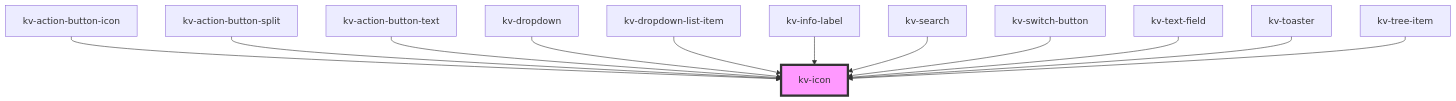
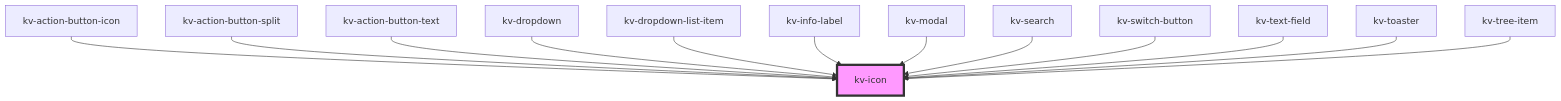
Before and after one commit to kelvininc/ui-components: the diagram in packages/ui-components/src/components/icon/readme.md, drawn with Mermaid. The commit also changed other lines of this file and 18 other files, not shown here.

````diff
--- a/packages/ui-components/src/components/icon/readme.md
+++ b/packages/ui-components/src/components/icon/readme.md
@@ -90,15 +91,16 @@
 ```mermaid
 graph TD;
   kv-action-button-icon --> kv-icon
   kv-action-button-split --> kv-icon
   kv-action-button-text --> kv-icon
   kv-dropdown --> kv-icon
   kv-dropdown-list-item --> kv-icon
   kv-info-label --> kv-icon
+  kv-modal --> kv-icon
   kv-search --> kv-icon
   kv-switch-button --> kv-icon
   kv-text-field --> kv-icon
   kv-toaster --> kv-icon
   kv-tree-item --> kv-icon
   style kv-icon fill:#f9f,stroke:#333,stroke-width:4px
 ```
````
